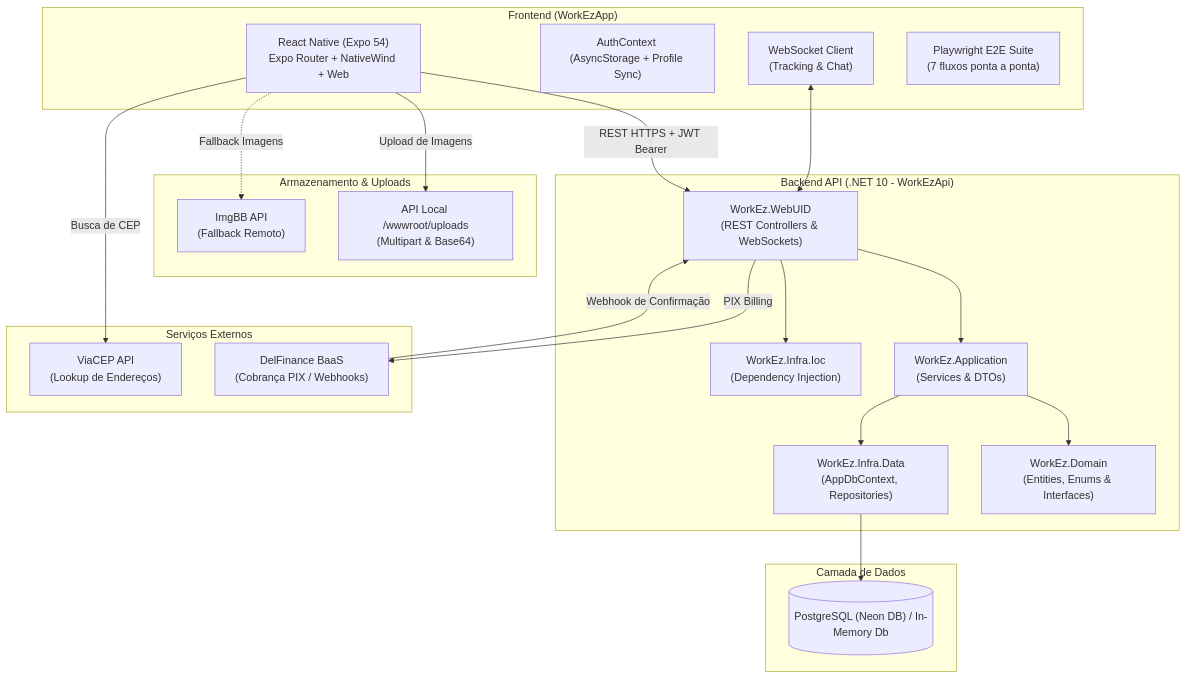
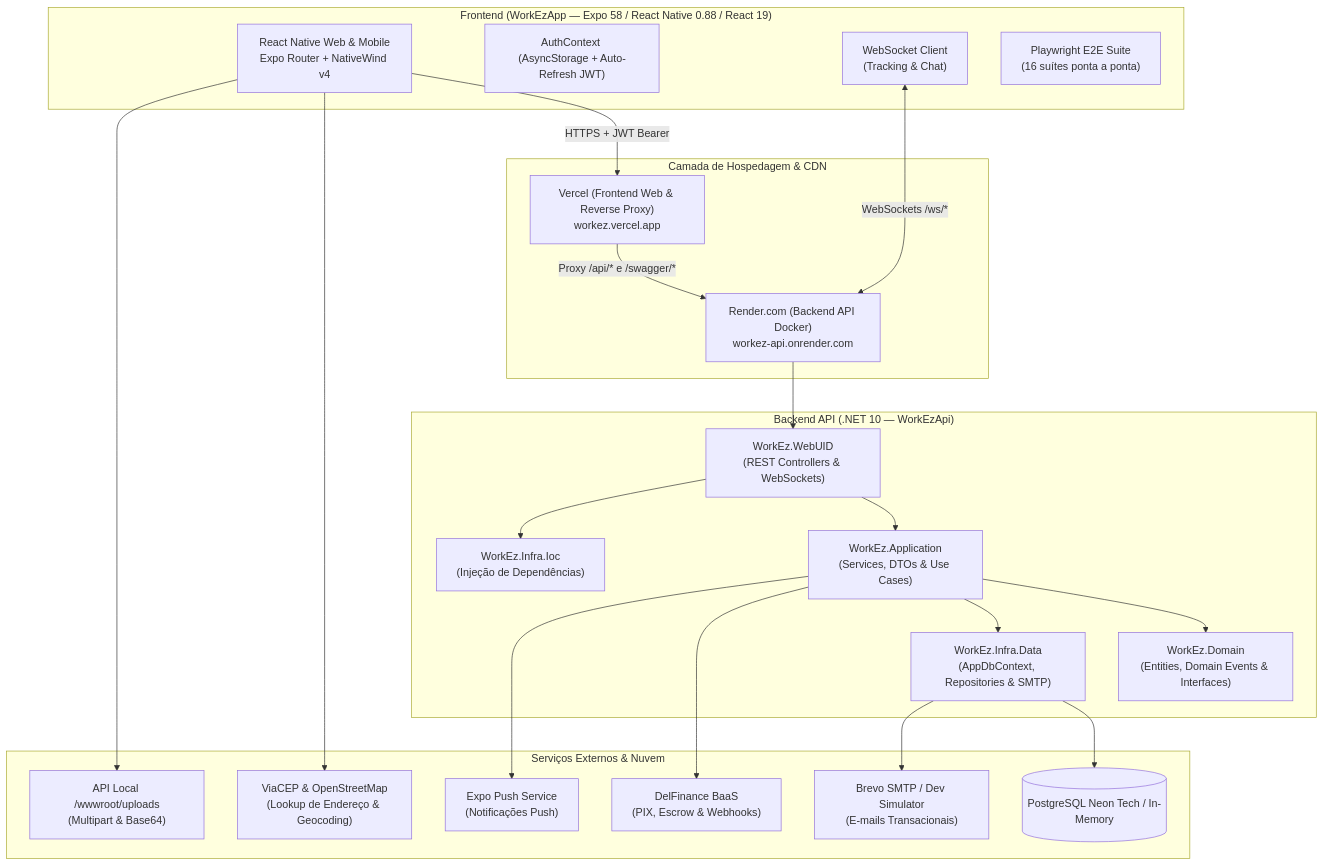
The diagram in README.md (fatec-university-projects/WorkEz), drawn with Mermaid before and after one commit. The commit also changed other lines of this file, not shown here.

````diff
--- a/README.md
+++ b/README.md
@@ -85,45 +91,47 @@
 ```mermaid
 graph TB
-    subgraph Frontend["Frontend (WorkEzApp)"]
-        UI["React Native (Expo 54)<br/>Expo Router + NativeWind + Web"]
-        AuthCtx["AuthContext (AsyncStorage + Profile Sync)"]
+    subgraph Frontend["Frontend (WorkEzApp — Expo 58 / React Native 0.88 / React 19)"]
+        UI["React Native Web & Mobile<br/>Expo Router + NativeWind v4"]
+        AuthCtx["AuthContext (AsyncStorage + Auto-Refresh JWT)"]
         WSClient["WebSocket Client<br/>(Tracking & Chat)"]
-        E2E["Playwright E2E Suite<br/>(7 fluxos ponta a ponta)"]
+        E2E["Playwright E2E Suite<br/>(16 suítes ponta a ponta)"]
     end
 
-    subgraph StorageUploads["Armazenamento & Uploads"]
-        LocalUploads["API Local /wwwroot/uploads<br/>(Multipart & Base64)"]
-        ImgBB["ImgBB API<br/>(Fallback Remoto)"]
+    subgraph Hosting["Camada de Hospedagem & CDN"]
+        Vercel["Vercel (Frontend Web & Reverse Proxy)<br/>workez.vercel.app"]
+        Render["Render.com (Backend API Docker)<br/>workez-api.onrender.com"]
     end
 
-    subgraph ExternalServices["Serviços Externos"]
-        ViaCEP["ViaCEP API<br/>(Lookup de Endereços)"]
-        DelFinance["DelFinance BaaS<br/>(Cobrança PIX / Webhooks)"]
+    subgraph Backend["Backend API (.NET 10 — WorkEzApi)"]
+        WebUID["WorkEz.WebUID<br/>(REST Controllers & WebSockets)"]
+        Ioc["WorkEz.Infra.Ioc<br/>(Injeção de Dependências)"]
+        App["WorkEz.Application<br/>(Services, DTOs & Use Cases)"]
+        Domain["WorkEz.Domain<br/>(Entities, Domain Events & Interfaces)"]
+        Data["WorkEz.Infra.Data<br/>(AppDbContext, Repositories & SMTP)"]
     end
 
-    subgraph Backend["Backend API (.NET 10 - WorkEzApi)"]
-        WebUID["WorkEz.WebUID<br/>(REST Controllers & WebSockets)"]
-        Ioc["WorkEz.Infra.Ioc<br/>(Dependency Injection)"]
-        App["WorkEz.Application<br/>(Services & DTOs)"]
-        Domain["WorkEz.Domain<br/>(Entities, Enums & Interfaces)"]
-        Data["WorkEz.Infra.Data<br/>(AppDbContext, Repositories)"]
+    subgraph ExternalServices["Serviços Externos & Nuvem"]
+        Postgres[("PostgreSQL Neon Tech / In-Memory")]
+        DelFinance["DelFinance BaaS<br/>(PIX, Escrow & Webhooks)"]
+        ExpoPush["Expo Push Service<br/>(Notificações Push)"]
+        SmtpService["Brevo SMTP / Dev Simulator<br/>(E-mails Transacionais)"]
+        ViaCEP["ViaCEP & OpenStreetMap<br/>(Lookup de Endereço & Geocoding)"]
+        LocalUploads["API Local /wwwroot/uploads<br/>(Multipart & Base64)"]
     end
 
-    subgraph Database["Camada de Dados"]
-        Postgres[("PostgreSQL (Neon DB) / In-Memory Db")]
-    end
-
-    UI -->|"REST HTTPS + JWT Bearer"| WebUID
-    WSClient <--> WebUID
-    UI -->|"Upload de Imagens"| LocalUploads
-    UI -.->|"Fallback Imagens"| ImgBB
-    UI -->|"Busca de CEP"| ViaCEP
+    Vercel -->|"Proxy /api/* e /swagger/*"| Render
+    UI -->|"HTTPS + JWT Bearer"| Vercel
+    WSClient <-->|"WebSockets /ws/*"| Render
+    Render --> WebUID
 
     WebUID --> App
     WebUID --> Ioc
     App --> Domain
     App --> Data
     Data --> Postgres
-    WebUID -->|"PIX Billing"| DelFinance
-    DelFinance -->|"Webhook de Confirmação"| WebUID
+    App --> DelFinance
+    App --> ExpoPush
+    Data --> SmtpService
+    UI --> ViaCEP
+    UI --> LocalUploads
 ```
````
